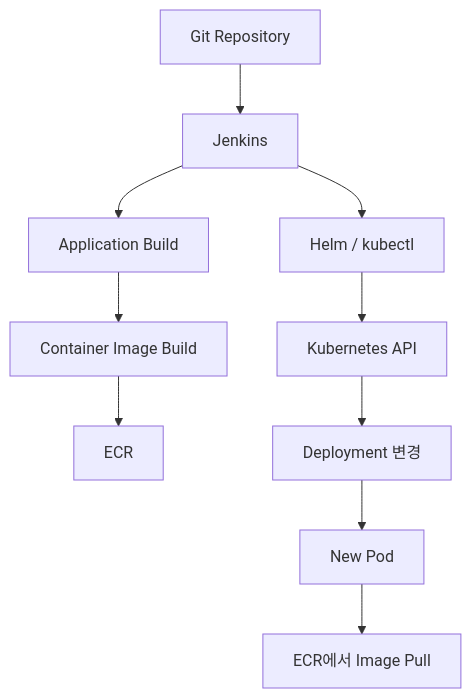
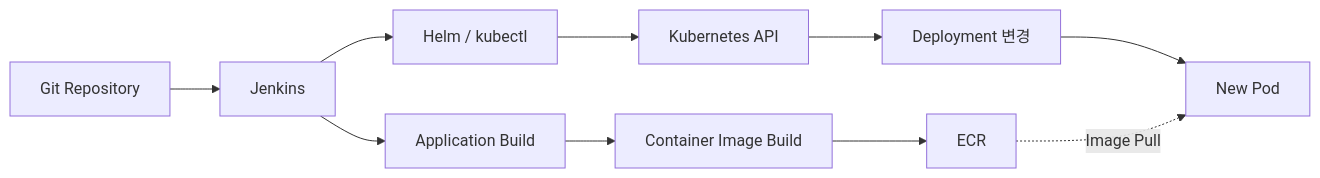
The second of 10 diagrams in _posts/2026-08-16-jenkins-eks-deployment-flow.md (jw3418/jw3418.github.io), drawn with Mermaid before and after one commit. The commit also changed other lines of this file, not shown here.

Commit message:
Update title and content for deployment flow article

````diff
--- a/_posts/2026-08-16-jenkins-eks-deployment-flow.md
+++ b/_posts/2026-08-16-jenkins-eks-deployment-flow.md
@@ -114,15 +89,15 @@
 ```mermaid
-flowchart TD
-    A["Git Repository"] --> B["Jenkins"]
+flowchart LR
+    G["Git Repository"] --> J["Jenkins"]
 
-    B --> C["Application Build"]
-    C --> D["Container Image Build"]
-    D --> E["ECR"]
+    J --> B["Application Build"]
+    B --> I["Container Image Build"]
+    I --> E["ECR"]
 
-    B --> F["Helm / kubectl"]
-    F --> G["Kubernetes API"]
-    G --> H["Deployment 변경"]
+    J --> H["Helm / kubectl"]
+    H --> API["Kubernetes API"]
+    API --> D["Deployment 변경"]
 
-    H --> I["New Pod"]
-    I --> J["ECR에서 Image Pull"]
+    D --> P["New Pod"]
+    E -. "Image Pull" .-> P
 ```
````
